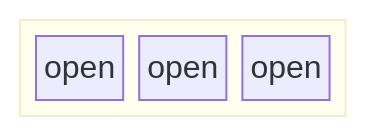
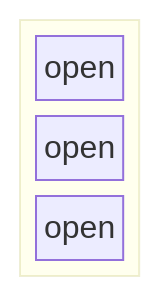
One commit to KROIA/Voicemail-Box changed the diagram in Hardware/Config/SPI_NFC.md. Above: the diagram before and after it, drawn with Mermaid. The commit also changed 1 other file, not shown here.

Commit message:
doku started pinout todo

````diff
--- a/Hardware/Config/SPI_NFC.md
+++ b/Hardware/Config/SPI_NFC.md
@@ -6,11 +6,11 @@
 ```mermaid
 block-beta
     block
-        columns 3
+        columns 1
         a0["open"]
         a1["open"]
         a2["open"]
     end
 
 classDef highlighter fill:#8bc8e8,stroke:#6c757d,color:#000000,stroke-width:1.5px;
 ```
````
